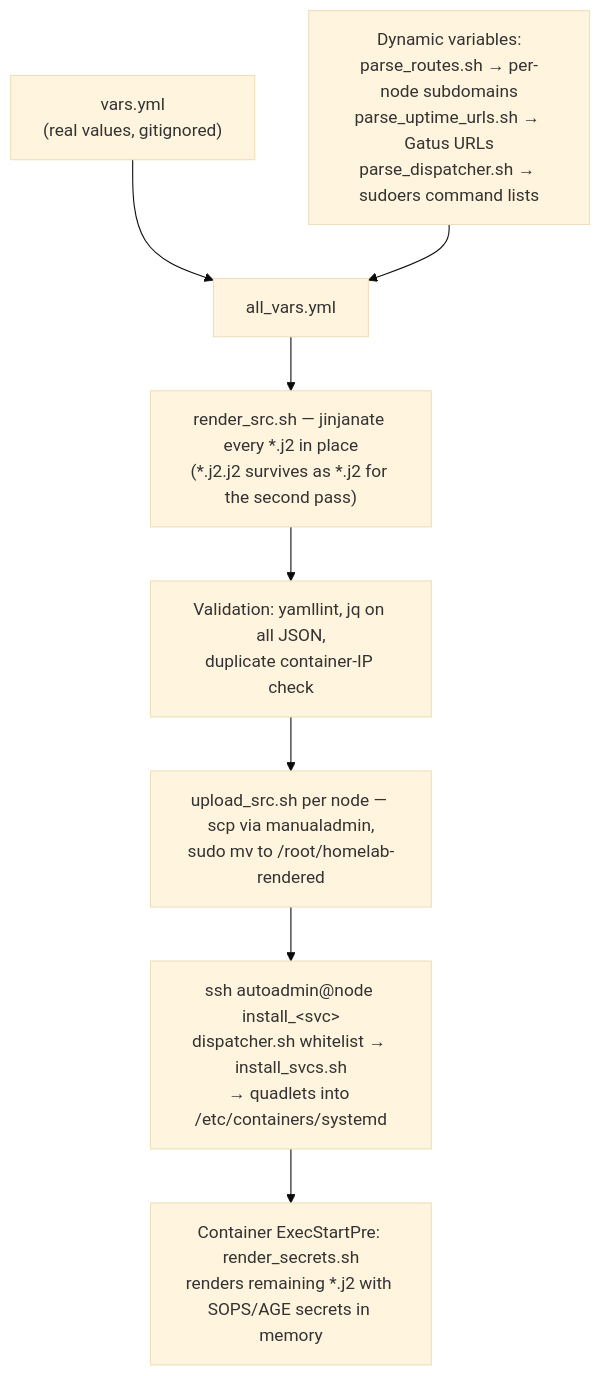
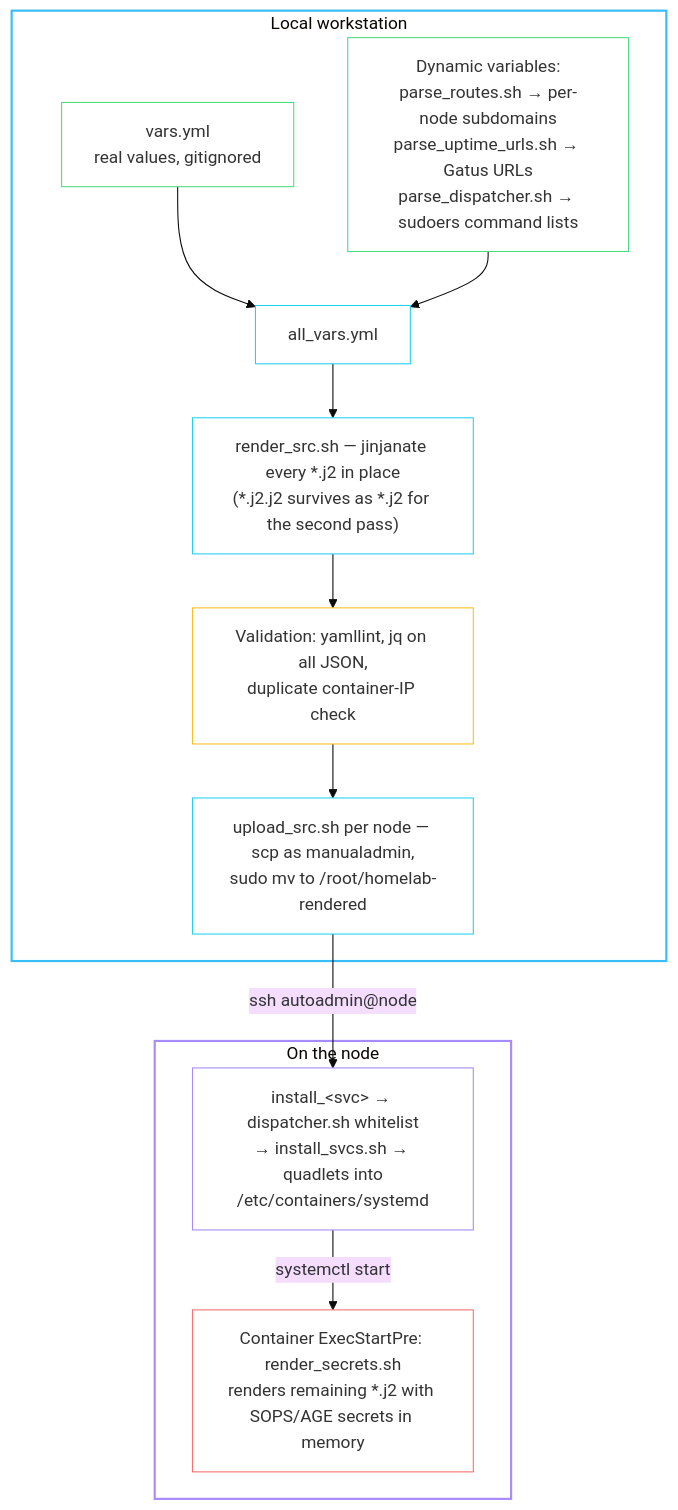
One commit to babraham123/homelab changed the diagram in docs/development.md. Above: the diagram before and after it, drawn with Mermaid (base theme). The commit also changed other lines of this file and 4 other files, not shown here.

Commit message:
improve diagrams in docs/

````diff
--- a/docs/development.md
+++ b/docs/development.md
@@ -34,15 +48,35 @@
 ```mermaid
 flowchart TB
-    vars["vars.yml<br/>(real values, gitignored)"]
-    parse["Dynamic variables:<br/>parse_routes.sh → per-node subdomains<br/>parse_uptime_urls.sh → Gatus URLs<br/>parse_dispatcher.sh → sudoers command lists"]
-    allvars["all_vars.yml"]
-    render["render_src.sh — jinjanate every *.j2 in place<br/>(*.j2.j2 survives as *.j2 for the second pass)"]
-    validate["Validation: yamllint, jq on all JSON,<br/>duplicate container-IP check"]
-    upload["upload_src.sh per node — scp via manualadmin,<br/>sudo mv to /root/homelab-rendered"]
-    dispatch["ssh autoadmin@node install_&lt;svc&gt;<br/>dispatcher.sh whitelist → install_svcs.sh<br/>→ quadlets into /etc/containers/systemd"]
-    second["Container ExecStartPre: render_secrets.sh<br/>renders remaining *.j2 with SOPS/AGE secrets in memory"]
+    subgraph local["Local workstation"]
+        vars["vars.yml<br/>real values, gitignored"]
+        parse["Dynamic variables:<br/>parse_routes.sh → per-node subdomains<br/>parse_uptime_urls.sh → Gatus URLs<br/>parse_dispatcher.sh → sudoers command lists"]
+        allvars["all_vars.yml"]
+        render["render_src.sh — jinjanate every *.j2 in place<br/>(*.j2.j2 survives as *.j2 for the second pass)"]
+        validate["Validation: yamllint, jq on all JSON,<br/>duplicate container-IP check"]
+        upload["upload_src.sh per node — scp as manualadmin,<br/>sudo mv to /root/homelab-rendered"]
+    end
+
+    subgraph node["On the node"]
+        dispatch["install_&lt;svc&gt; → dispatcher.sh whitelist<br/>→ install_svcs.sh → quadlets into<br/>/etc/containers/systemd"]
+        second["Container ExecStartPre: render_secrets.sh<br/>renders remaining *.j2 with SOPS/AGE secrets in memory"]
+    end
 
     vars --> allvars
     parse --> allvars
-    allvars --> render --> validate --> upload --> dispatch --> second
+    allvars --> render --> validate --> upload
+    upload -- "ssh autoadmin@node" --> dispatch
+    dispatch -- "systemctl start" --> second
+
+    style local stroke:#38bdf8,stroke-width:2px,fill:transparent
+    style node stroke:#a78bfa,stroke-width:2px,fill:transparent
+    classDef input stroke:#4ade80,fill:transparent
+    classDef step stroke:#22d3ee,fill:transparent
+    classDef onnode stroke:#a78bfa,fill:transparent
+    classDef check stroke:#fbbf24,fill:transparent
+    classDef secret stroke:#f87171,fill:transparent
+    class vars,parse input
+    class allvars,render,upload step
+    class dispatch onnode
+    class validate check
+    class second secret
 ```
````
